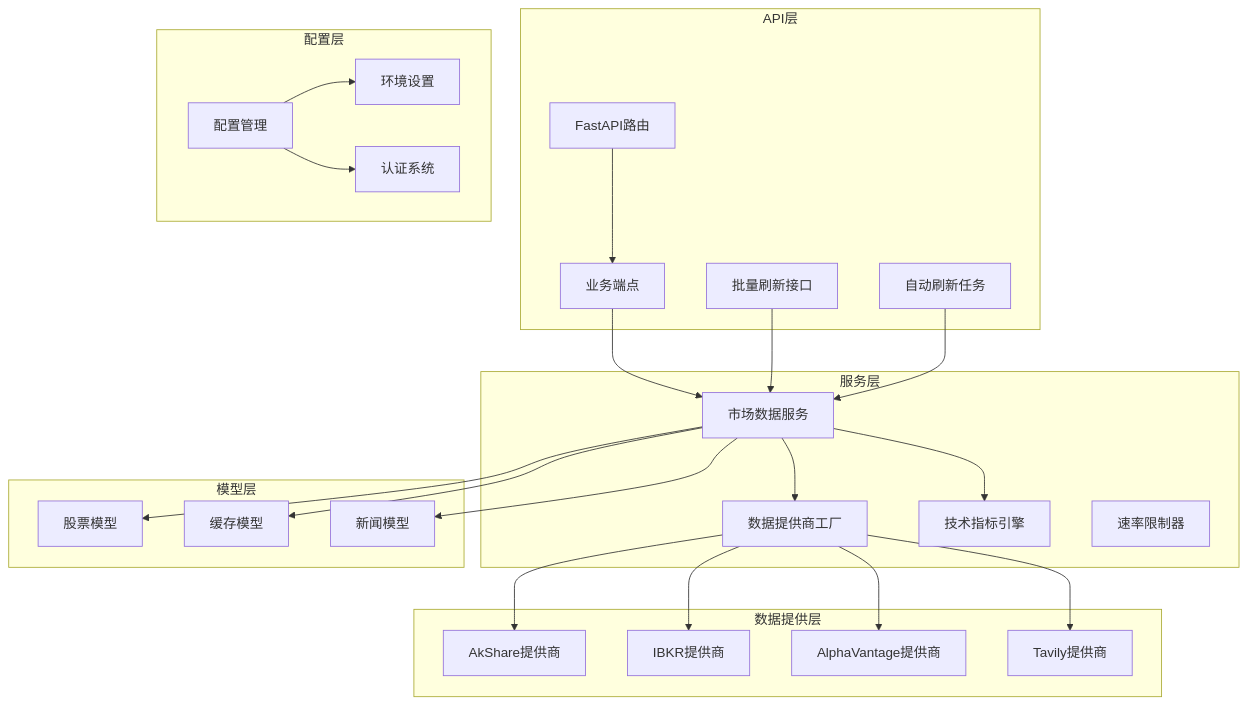
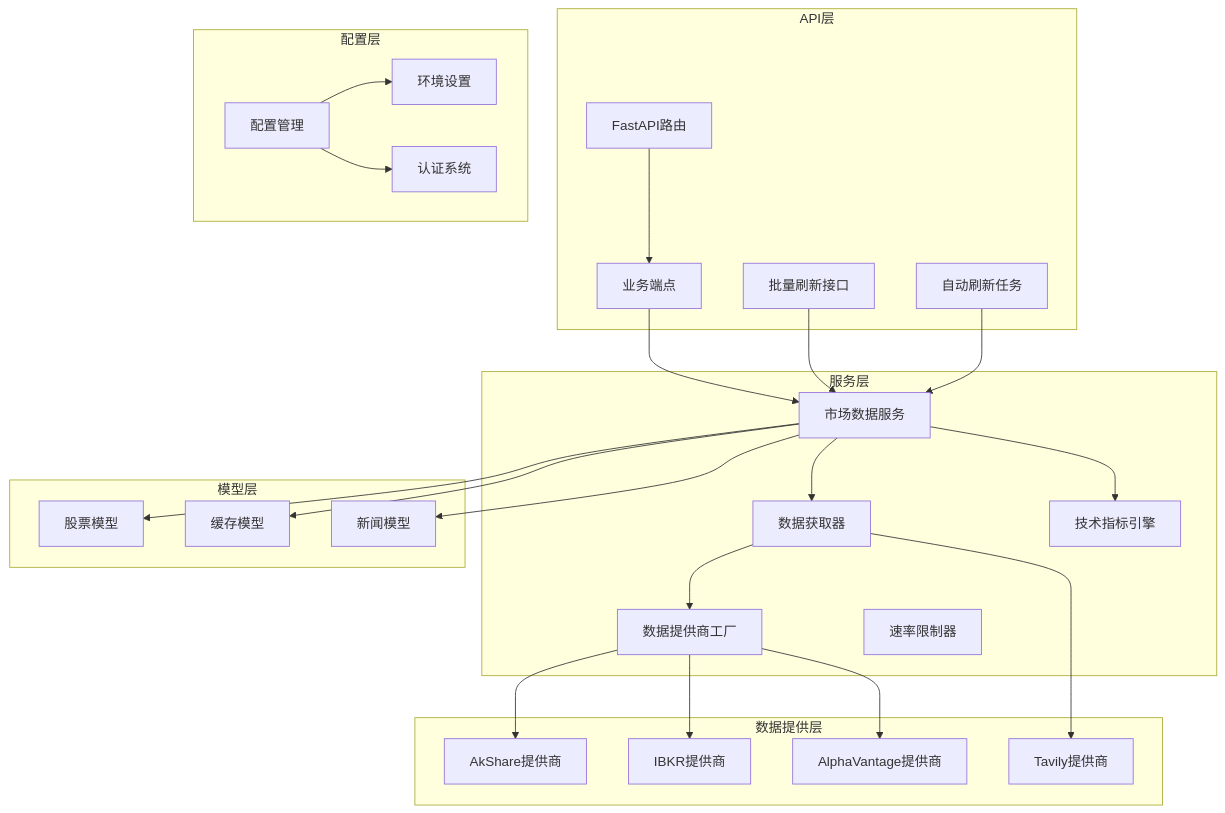
The first of 19 diagrams in .qoder/repowiki/zh/content/后端开发指南/业务服务实现/市场数据提供商架构.md (breeze-lyf/ai-stock-advisor), drawn with Mermaid before and after one commit. The commit also changed other lines of this file and 52 other files, not shown here.

Commit message:
Remove Alpha Vantage provider, enhance Akshare with retry and forced proxy for reliable market data, and introduce user notification settings with corresponding database migrations and frontend updates.

````diff
--- a/.qoder/repowiki/zh/content/后端开发指南/业务服务实现/市场数据提供商架构.md
+++ b/.qoder/repowiki/zh/content/后端开发指南/业务服务实现/市场数据提供商架构.md
@@ -90,46 +95,48 @@
 ```mermaid
 graph TB
 subgraph "API层"
 API[FastAPI路由]
 Endpoints[业务端点]
 RefreshAll[批量刷新接口]
 AutoRefresh[自动刷新任务]
 end
 subgraph "服务层"
 MarketService[市场数据服务]
+MarketDataFetcher[数据获取器]
 ProviderFactory[数据提供商工厂]
 Indicators[技术指标引擎]
 RateLimiter[速率限制器]
 end
 subgraph "数据提供层"
 AK[AkShare提供商]
 IB[IBKR提供商]
 AV[AlphaVantage提供商]
 TV[Tavily提供商]
 end
 subgraph "模型层"
 StockModel[股票模型]
 CacheModel[缓存模型]
 NewsModel[新闻模型]
 end
 subgraph "配置层"
 Config[配置管理]
 Settings[环境设置]
 Auth[认证系统]
 end
 API --> Endpoints
 Endpoints --> MarketService
 RefreshAll --> MarketService
 AutoRefresh --> MarketService
-MarketService --> ProviderFactory
+MarketService --> MarketDataFetcher
+MarketDataFetcher --> ProviderFactory
 ProviderFactory --> AK
+ProviderFactory --> AV
 ProviderFactory --> IB
-ProviderFactory --> AV
-ProviderFactory --> TV
+MarketDataFetcher --> TV
 MarketService --> Indicators
 MarketService --> StockModel
 MarketService --> CacheModel
 MarketService --> NewsModel
 Config --> Settings
 Config --> Auth
 ```
````
